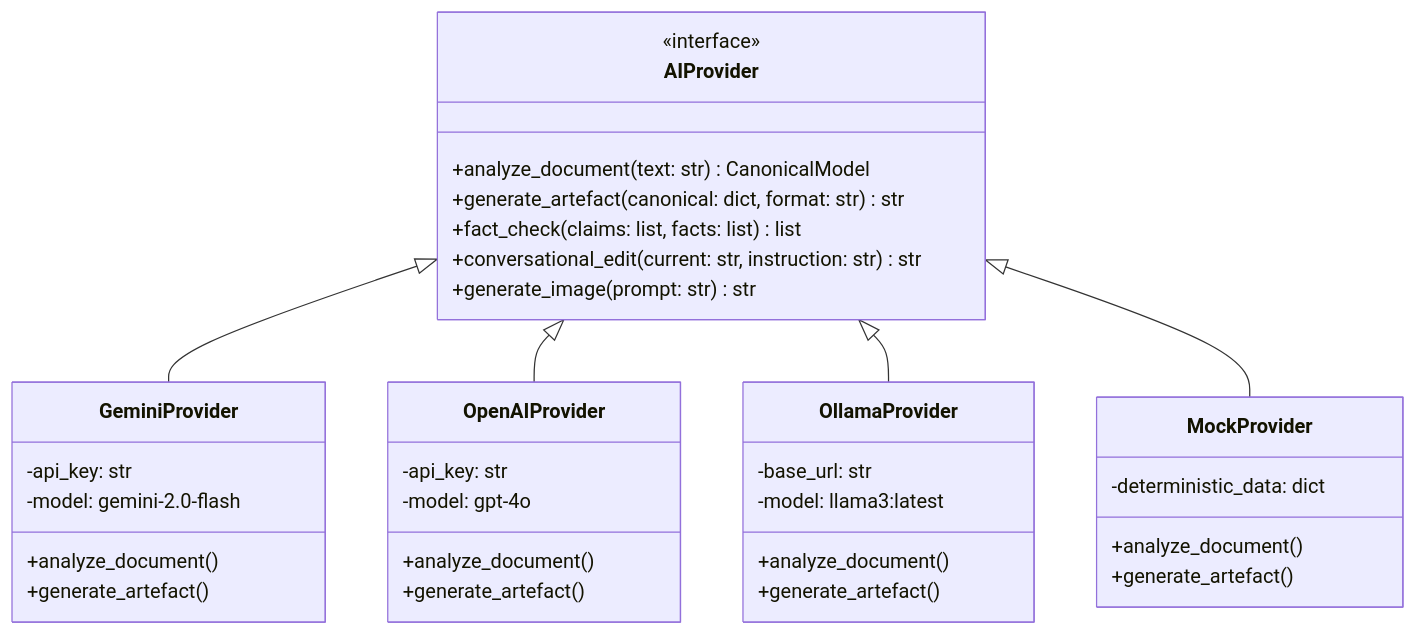
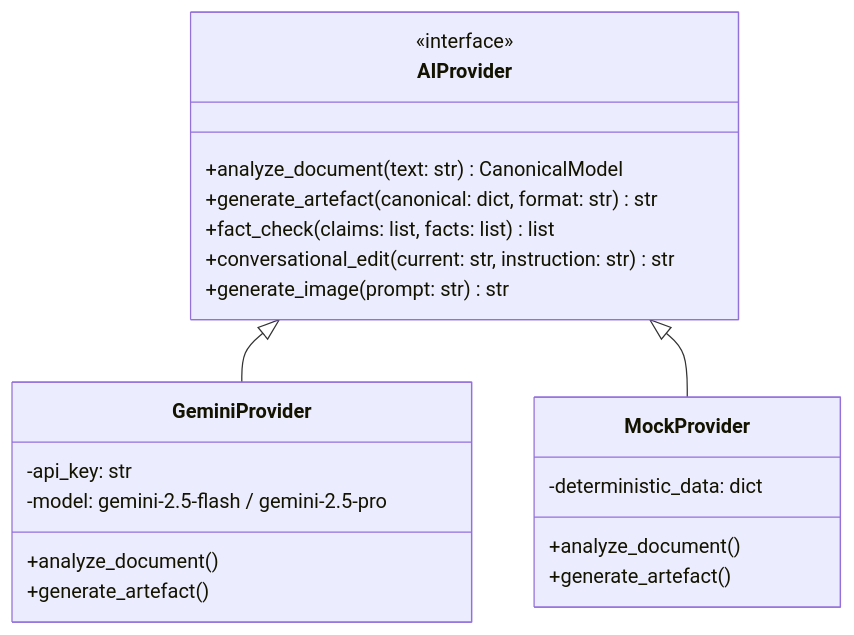
Before and after one commit to shreyasdbangeraa/Content_Transformer: the second of 2 diagrams in docs/ARCHITECTURE_NOTION.md, drawn with Mermaid. The commit also changed other lines of this file and 4 other files, not shown here.

````diff
--- a/docs/ARCHITECTURE_NOTION.md
+++ b/docs/ARCHITECTURE_NOTION.md
@@ -223,39 +223,25 @@
 ```mermaid
 classDiagram
     class AIProvider {
         <<interface>>
         +analyze_document(text: str) CanonicalModel
         +generate_artefact(canonical: dict, format: str) str
         +fact_check(claims: list, facts: list) list
         +conversational_edit(current: str, instruction: str) str
         +generate_image(prompt: str) str
     }
     class GeminiProvider {
         -api_key: str
-        -model: gemini-2.0-flash
-        +analyze_document()
-        +generate_artefact()
-    }
-    class OpenAIProvider {
-        -api_key: str
-        -model: gpt-4o
-        +analyze_document()
-        +generate_artefact()
-    }
-    class OllamaProvider {
-        -base_url: str
-        -model: llama3:latest
+        -model: gemini-2.5-flash / gemini-2.5-pro
         +analyze_document()
         +generate_artefact()
     }
     class MockProvider {
         -deterministic_data: dict
         +analyze_document()
         +generate_artefact()
     }
 
     AIProvider <|-- GeminiProvider
-    AIProvider <|-- OpenAIProvider
-    AIProvider <|-- OllamaProvider
     AIProvider <|-- MockProvider
 ```
````
